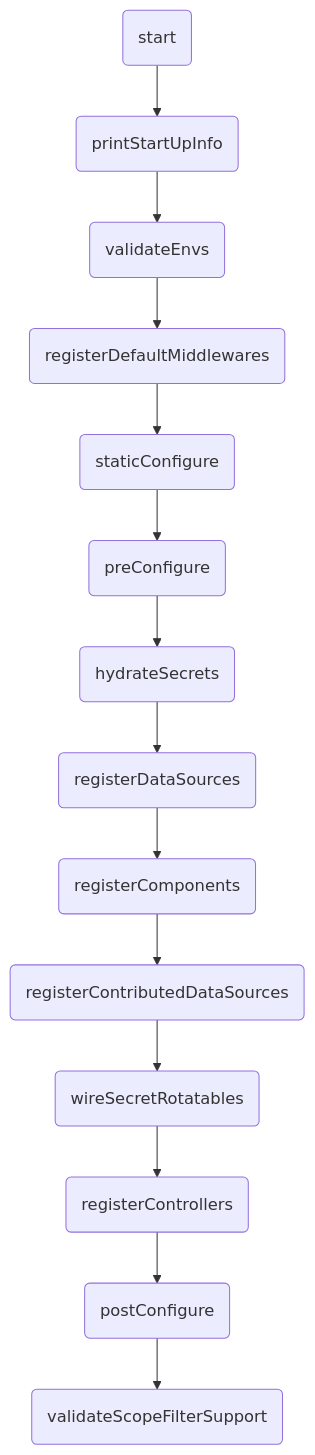
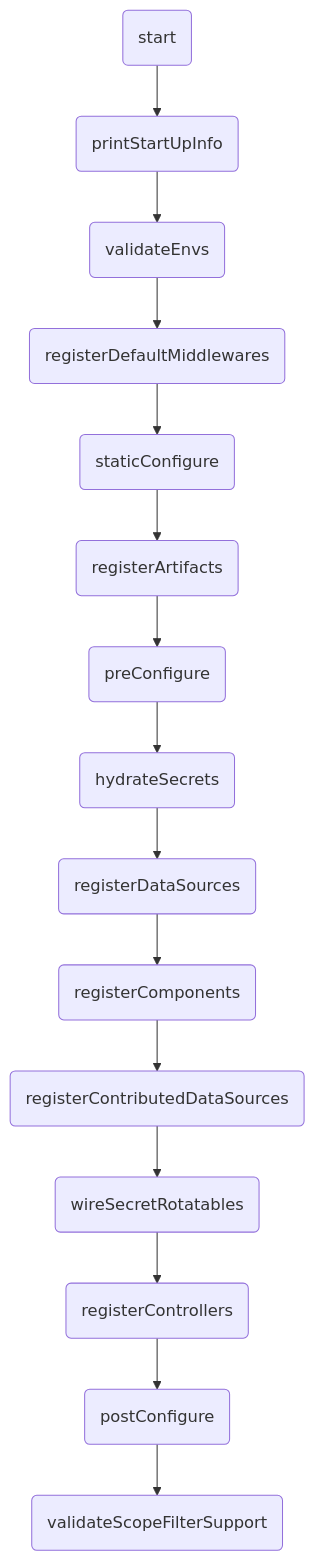
The second of 2 diagrams in docs/wiki/content/references/base/application.md (VENIZIA-AI/ignis), drawn with Mermaid before and after one commit. The commit also changed other lines of this file and 9 other files, not shown here.

````diff
--- a/docs/wiki/content/references/base/application.md
+++ b/docs/wiki/content/references/base/application.md
@@ -280,16 +283,17 @@
 ```mermaid
 graph TD
     A(start) --> B(printStartUpInfo);
     B --> C(validateEnvs);
     C --> D(registerDefaultMiddlewares);
     D --> E(staticConfigure);
-    E --> F(preConfigure);
+    E --> E2(registerArtifacts);
+    E2 --> F(preConfigure);
     F --> G(hydrateSecrets);
     G --> H(registerDataSources);
     H --> I(registerComponents);
     I --> J(registerContributedDataSources);
     J --> K(wireSecretRotatables);
     K --> L(registerControllers);
     L --> M(postConfigure);
     M --> N(validateScopeFilterSupport);
 ```
````
